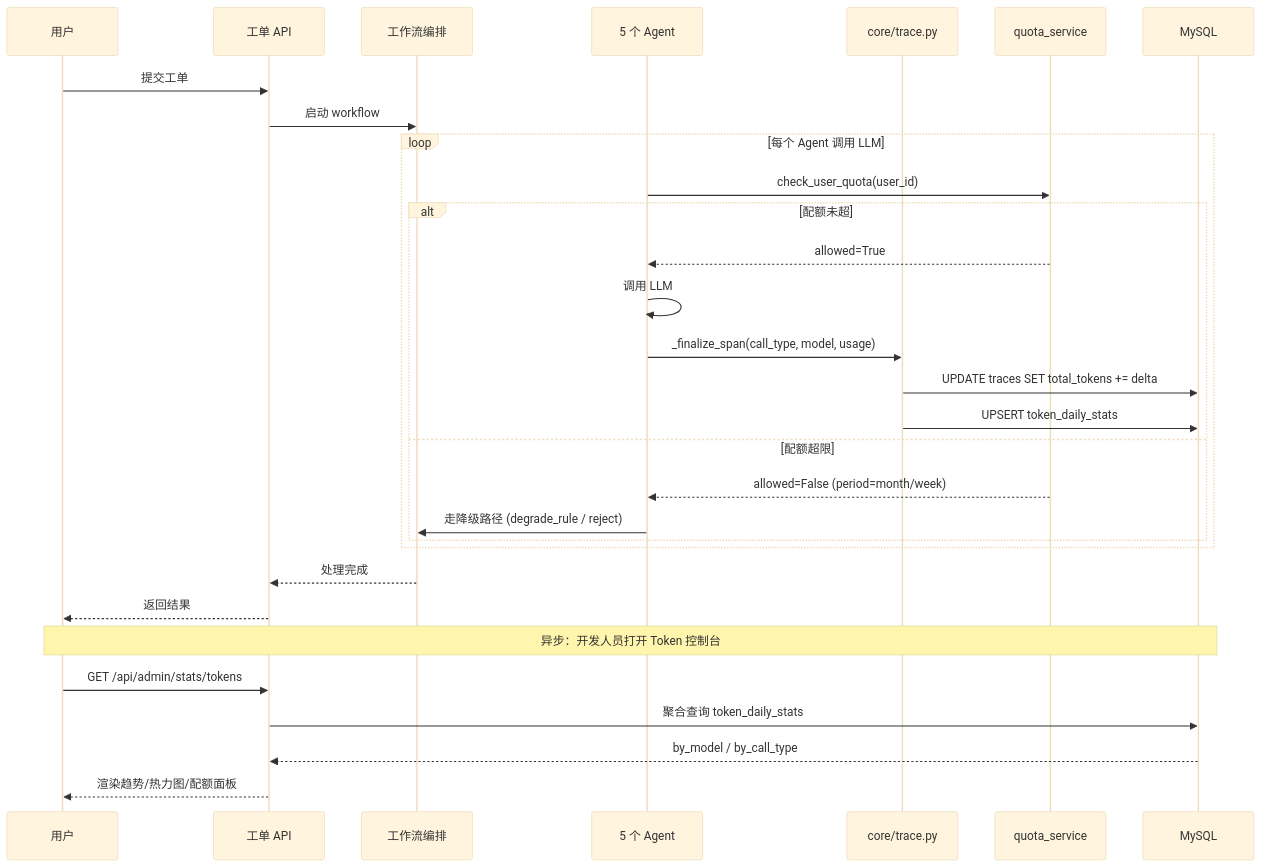
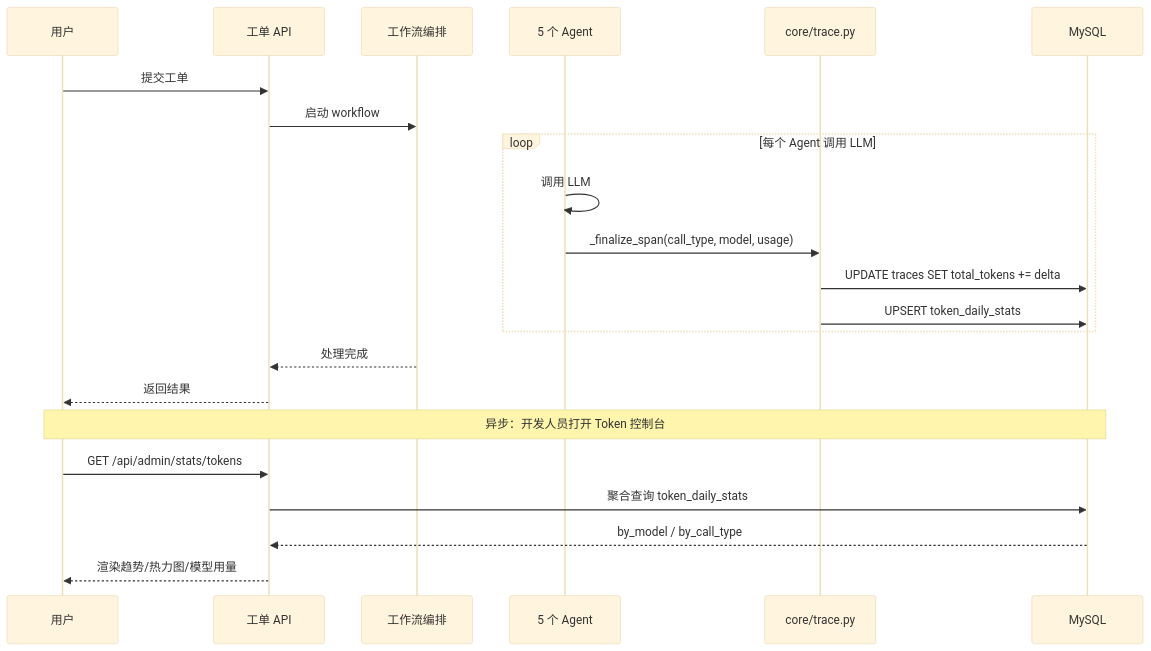
Before and after one commit to ArtLjn/ai-agent-learning: the second of 2 diagrams in docs/design-spec/01_正式设计/12_Token成本控制台设计.md, drawn with Mermaid (base theme). The commit also changed other lines of this file and 30 other files, not shown here.

Commit message:
docs: 梳理工单业务架构与系统框架图

````diff
--- a/docs/design-spec/01_正式设计/12_Token成本控制台设计.md
+++ b/docs/design-spec/01_正式设计/12_Token成本控制台设计.md
@@ -294,34 +251,26 @@
 ```mermaid
 sequenceDiagram
     participant U as 用户
     participant API as 工单 API
     participant WF as 工作流编排
     participant Agent as 5 个 Agent
     participant Trace as core/trace.py
-    participant Quota as quota_service
     participant DB as MySQL
 
     U->>API: 提交工单
     API->>WF: 启动 workflow
     loop 每个 Agent 调用 LLM
-        Agent->>Quota: check_user_quota(user_id)
-        alt 配额未超
-            Quota-->>Agent: allowed=True
-            Agent->>Agent: 调用 LLM
-            Agent->>Trace: _finalize_span(call_type, model, usage)
-            Trace->>DB: UPDATE traces SET total_tokens += delta
-            Trace->>DB: UPSERT token_daily_stats
-        else 配额超限
-            Quota-->>Agent: allowed=False (period=month/week)
-            Agent->>WF: 走降级路径 (degrade_rule / reject)
-        end
+        Agent->>Agent: 调用 LLM
+        Agent->>Trace: _finalize_span(call_type, model, usage)
+        Trace->>DB: UPDATE traces SET total_tokens += delta
+        Trace->>DB: UPSERT token_daily_stats
     end
     WF-->>API: 处理完成
     API-->>U: 返回结果
 
     Note over U,DB: 异步：开发人员打开 Token 控制台
     U->>API: GET /api/admin/stats/tokens
     API->>DB: 聚合查询 token_daily_stats
     DB-->>API: by_model / by_call_type
-    API-->>U: 渲染趋势/热力图/配额面板
+    API-->>U: 渲染趋势/热力图/模型用量
 ```
````
